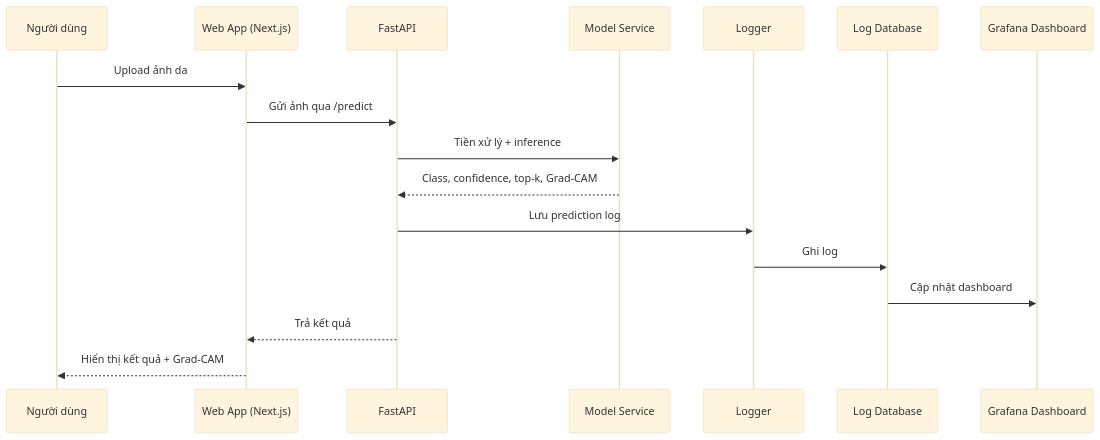
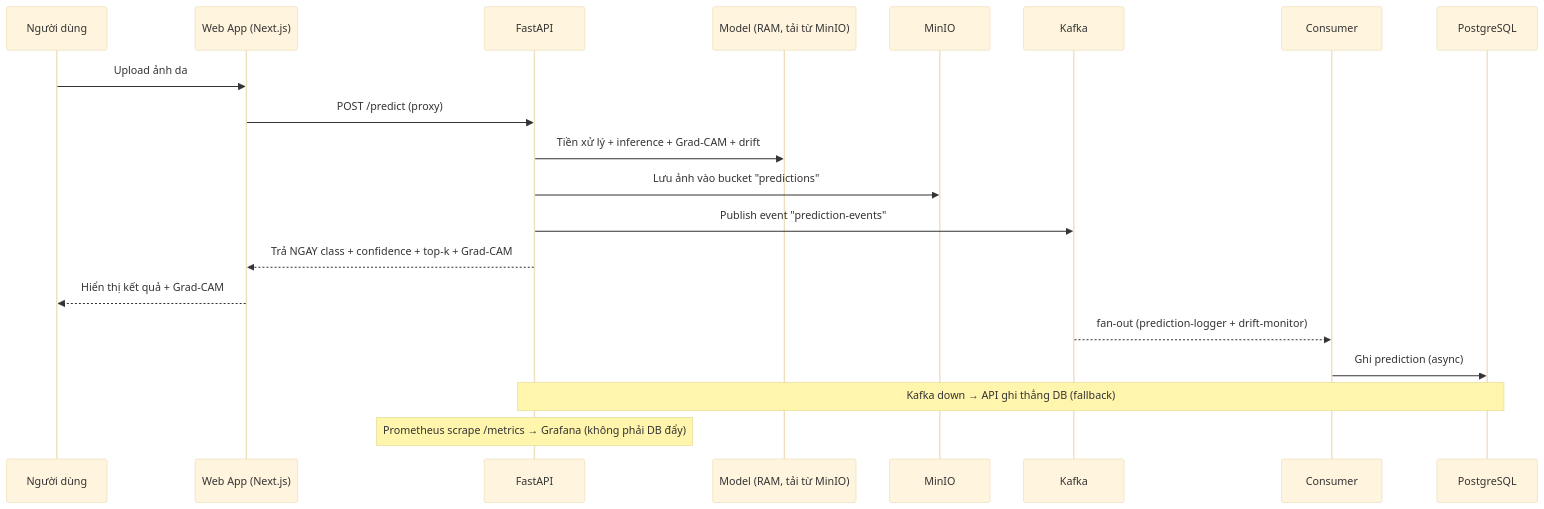
The third of 4 diagrams in docs/plan.md (HaTranThai/derma-mlops), drawn with Mermaid (base theme) before and after one commit. The commit also changed other lines of this file and 4 other files, not shown here.

Commit message:
docs: đồng bộ tài liệu với hệ thống (serving MinIO, ingest, gate, sửa mermaid)

````diff
--- a/docs/plan.md
+++ b/docs/plan.md
@@ -507,20 +507,23 @@
 ```mermaid
 sequenceDiagram
     participant U as Người dùng
     participant FE as Web App (Next.js)
     participant API as FastAPI
-    participant M as Model Service
-    participant L as Logger
-    participant DB as Log Database
-    participant G as Grafana Dashboard
+    participant M as Model (RAM, tải từ MinIO)
+    participant S as MinIO
+    participant K as Kafka
+    participant C as Consumer
+    participant DB as PostgreSQL
 
     U->>FE: Upload ảnh da
-    FE->>API: Gửi ảnh qua /predict
-    API->>M: Tiền xử lý + inference
-    M-->>API: Class, confidence, top-k, Grad-CAM
-    API->>L: Lưu prediction log
-    L->>DB: Ghi log
-    DB->>G: Cập nhật dashboard
-    API-->>FE: Trả kết quả
+    FE->>API: POST /predict (proxy)
+    API->>M: Tiền xử lý + inference + Grad-CAM + drift
+    API->>S: Lưu ảnh vào bucket "predictions"
+    API->>K: Publish event "prediction-events"
+    API-->>FE: Trả NGAY class + confidence + top-k + Grad-CAM
     FE-->>U: Hiển thị kết quả + Grad-CAM
+    K-->>C: fan-out (prediction-logger + drift-monitor)
+    C->>DB: Ghi prediction (async)
+    Note over API,DB: Kafka down → API ghi thẳng DB (fallback)
+    Note over API: Prometheus scrape /metrics → Grafana (không phải DB đẩy)
 ```
````
